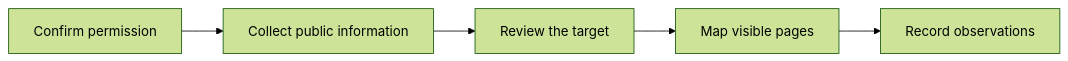
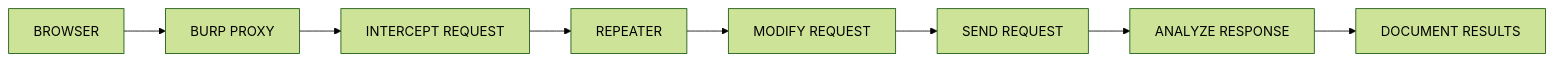
Before and after one commit to GhostMaskR/Web-Application-Basics: the fourth of 5 diagrams in README.md, drawn with Mermaid (forest theme). The commit also changed other lines of this file, not shown here.

````diff
--- a/README.md
+++ b/README.md
@@ -91,7 +204,10 @@
 ```mermaid
 flowchart LR
-    A["Confirm permission"] --> B["Collect public information"]
-    B --> C["Review the target"]
-    C --> D["Map visible pages"]
-    D --> E["Record observations"]
+A["BROWSER"] --> B["BURP PROXY"]
+B --> C["INTERCEPT REQUEST"]
+C --> D["REPEATER"]
+D --> E["MODIFY REQUEST"]
+E --> F["SEND REQUEST"]
+F --> G["ANALYZE RESPONSE"]
+G --> H["DOCUMENT RESULTS"]
 ```
````
